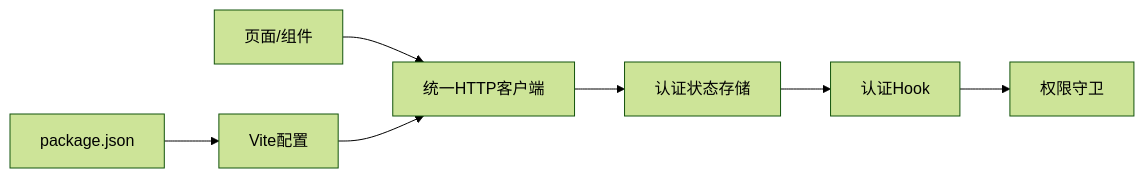
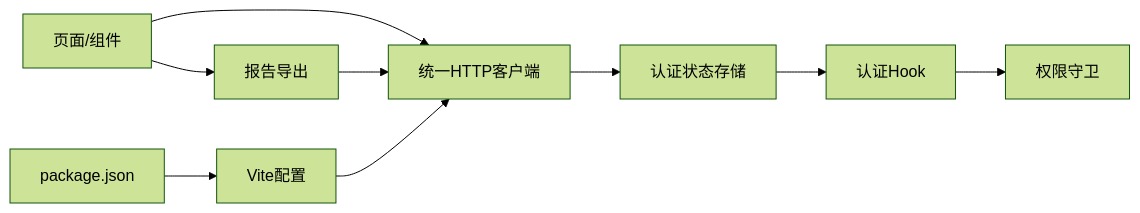
The sixth of 6 diagrams in .qoder/repowiki/zh/content/API集成层/API集成层.md (Damao997/newproject), drawn with Mermaid (forest theme) before and after one commit. The commit also changed other lines of this file and 40 other files, not shown here.

First line of the commit message:
feat(dashboard/inventory): 仪表板与存货模块真实数据接入及图表卡片拆分

````diff
--- a/.qoder/repowiki/zh/content/API集成层/API集成层.md
+++ b/.qoder/repowiki/zh/content/API集成层/API集成层.md
@@ -290,9 +369,11 @@
 ```mermaid
 graph LR
 Pages["页面/组件"] --> Api["统一HTTP客户端"]
 Api --> AuthStore["认证状态存储"]
 AuthStore --> UseAuth["认证Hook"]
 UseAuth --> Guard["权限守卫"]
+Pages --> Export["报告导出"]
+Export --> Api
 Vite["Vite配置"] --> Api
 Pkg["package.json"] --> Vite
 ```
````
